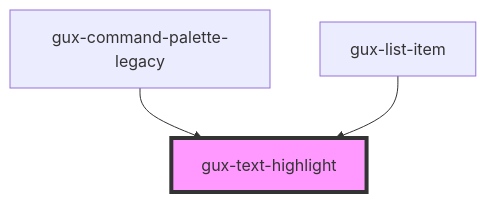
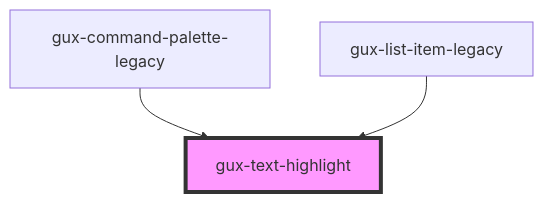
The diagram in src/components/stable/gux-text-highlight/readme.md (MyPureCloud/genesys-spark), drawn with Mermaid before and after one commit. The commit also changed other lines of this file and 134 other files, not shown here.

````diff
--- a/src/components/stable/gux-text-highlight/readme.md
+++ b/src/components/stable/gux-text-highlight/readme.md
@@ -25,6 +25,6 @@
 ```mermaid
 graph TD;
   gux-command-palette-legacy --> gux-text-highlight
-  gux-list-item --> gux-text-highlight
+  gux-list-item-legacy --> gux-text-highlight
   style gux-text-highlight fill:#f9f,stroke:#333,stroke-width:4px
 ```
````
